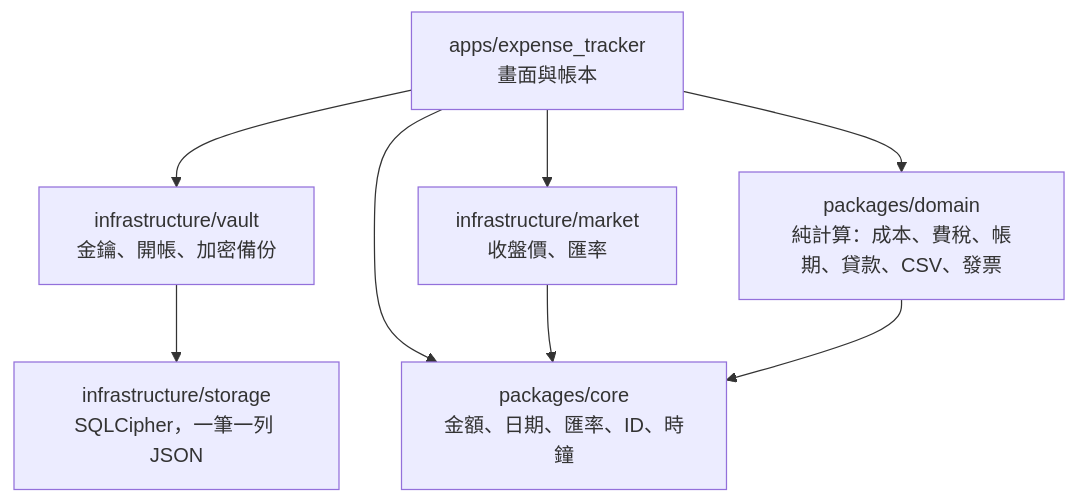
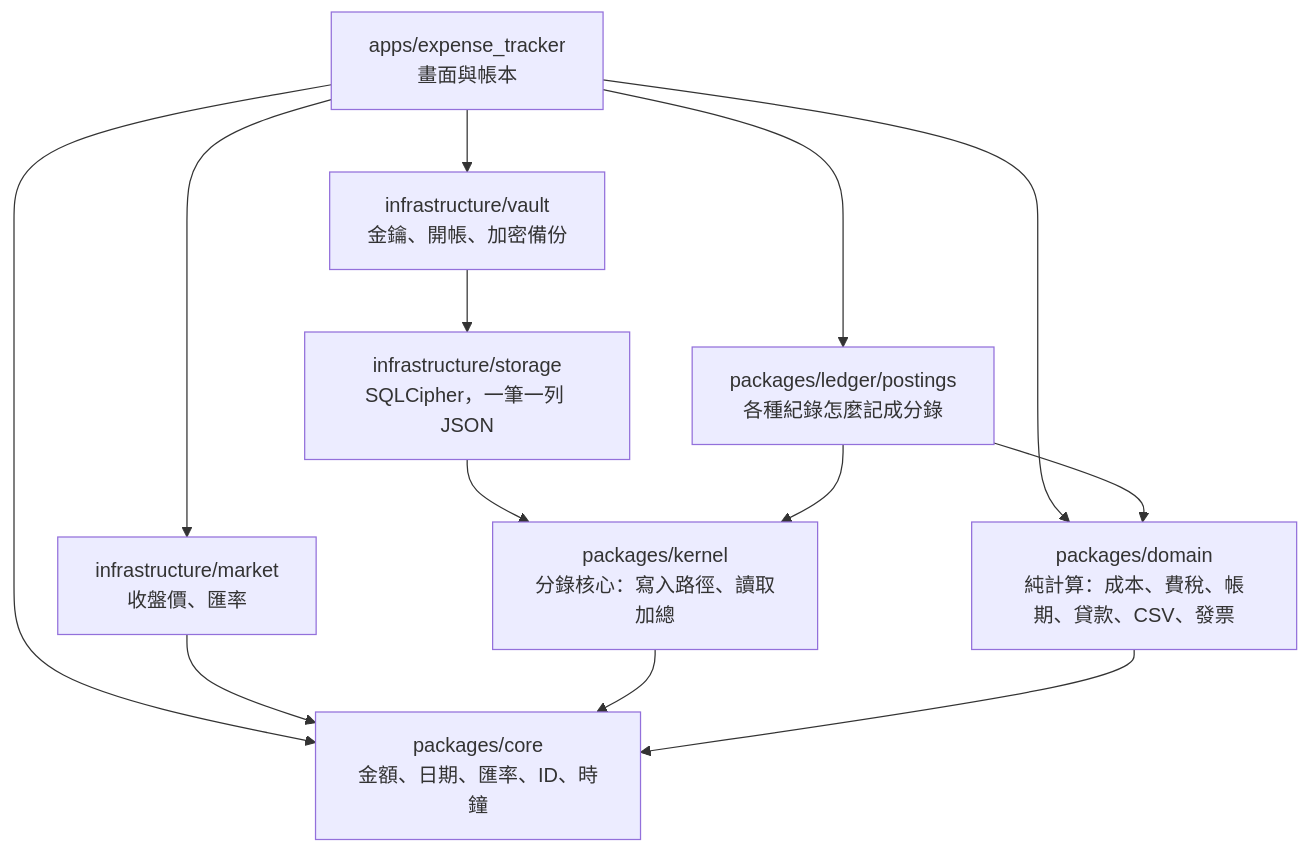
The first of 3 diagrams in docs/architecture.md (swz0103/ExpenseTracker-V2), drawn with Mermaid before and after one commit. The commit also changed other lines of this file and 4 other files, not shown here.

First line of the commit message:
Journal: single sources registered, architecture and status updated

````diff
--- a/docs/architecture.md
+++ b/docs/architecture.md
@@ -7,13 +7,18 @@
 ```mermaid
 flowchart TB
   app["apps/expense_tracker<br/>畫面與帳本"]
   vault["infrastructure/vault<br/>金鑰、開帳、加密備份"]
   storage["infrastructure/storage<br/>SQLCipher，一筆一列 JSON"]
   market["infrastructure/market<br/>收盤價、匯率"]
   domain["packages/domain<br/>純計算：成本、費稅、帳期、貸款、CSV、發票"]
+  postings["packages/ledger/postings<br/>各種紀錄怎麼記成分錄"]
+  kernel["packages/kernel<br/>分錄核心：寫入路徑、讀取加總"]
   core["packages/core<br/>金額、日期、匯率、ID、時鐘"]
-  app --> vault & market & domain & core
+  app --> vault & market & domain & postings & core
   vault --> storage
+  storage --> kernel
+  postings --> kernel & domain
   market --> core
+  kernel --> core
   domain --> core
 ```
````
